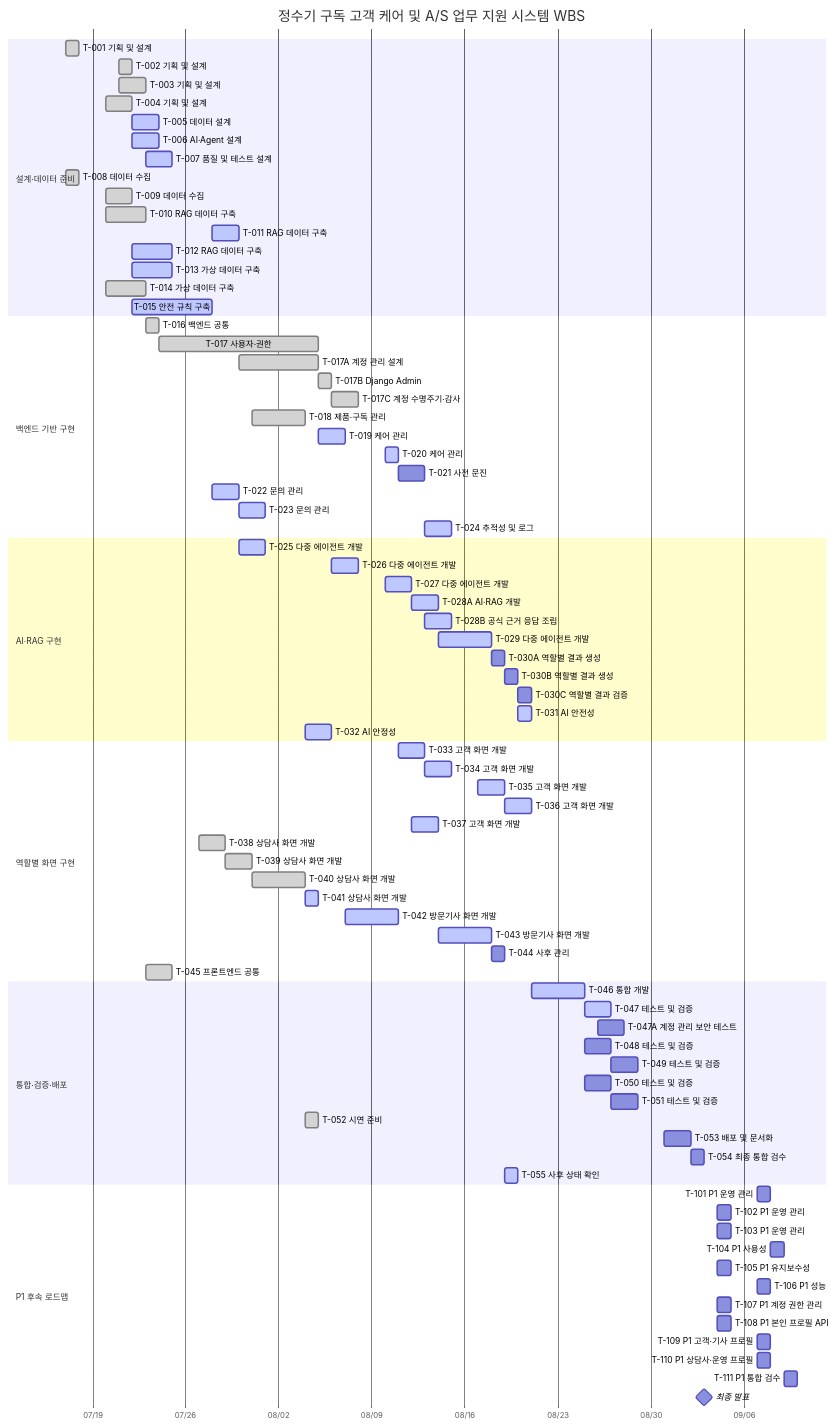
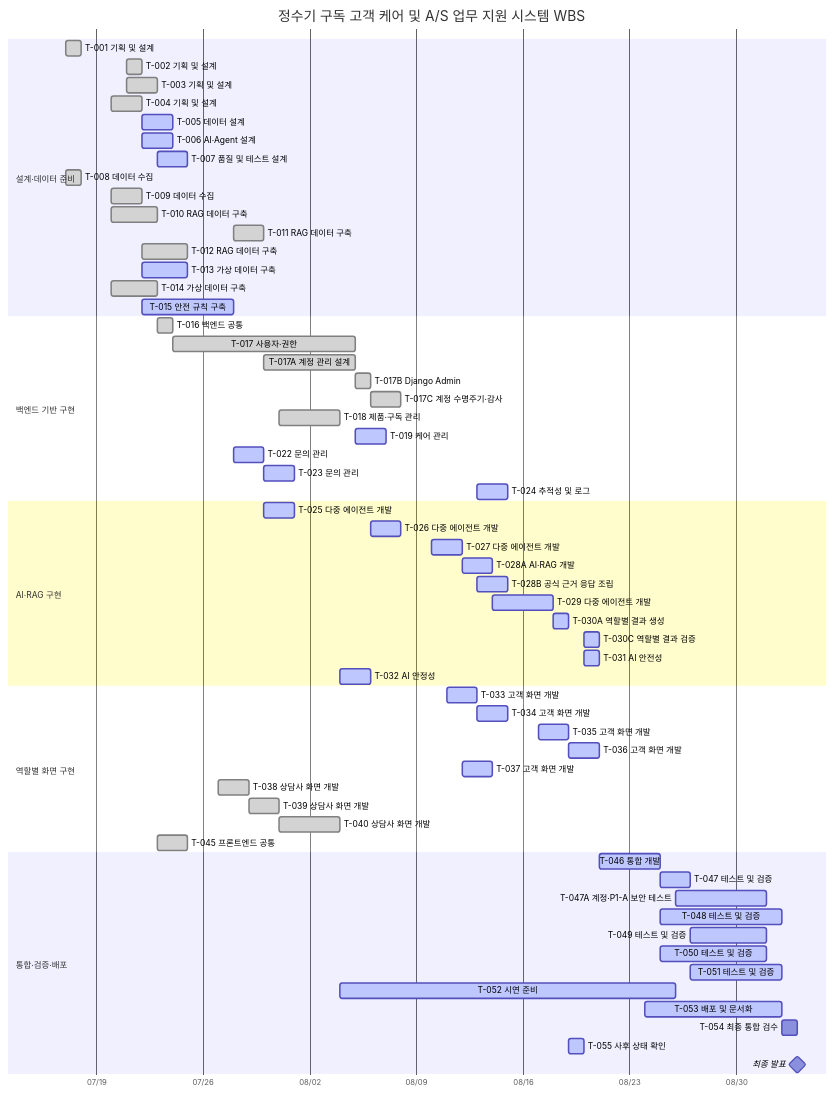
Before and after one commit to SKNETWORKS-FAMILY-AICAMP/SKN29-FINAL-4TEAM: the diagram in docs/planning/md/WBS.md, drawn with Mermaid. The commit also changed other lines of this file and 6 other files, not shown here.

````diff
--- a/docs/planning/md/WBS.md
+++ b/docs/planning/md/WBS.md
@@ -291,8 +333,8 @@
     T-008 데이터 수집 :done, T008, 2026-07-17, 1d
     T-009 데이터 수집 :done, T009, 2026-07-20, 2d
     T-010 RAG 데이터 구축 :done, T010, 2026-07-20, 3d
-    T-011 RAG 데이터 구축 :active, T011, 2026-07-28, 2d
-    T-012 RAG 데이터 구축 :active, T012, 2026-07-22, 3d
+    T-011 RAG 데이터 구축 :done, T011, 2026-07-28, 2d
+    T-012 RAG 데이터 구축 :done, T012, 2026-07-22, 3d
     T-013 가상 데이터 구축 :active, T013, 2026-07-22, 3d
     T-014 가상 데이터 구축 :done, T014, 2026-07-20, 3d
     T-015 안전 규칙 구축 :active, T015, 2026-07-22, 6d
@@ -304,8 +346,6 @@
     T-017C 계정 수명주기·감사 :done, T017C, 2026-08-06, 2d
     T-018 제품·구독 관리 :done, T018, 2026-07-31, 4d
     T-019 케어 관리 :active, T019, 2026-08-05, 2d
-    T-020 케어 관리 :active, T020, 2026-08-10, 1d
-    T-021 사전 문진 :T021, 2026-08-11, 2d
     T-022 문의 관리 :active, T022, 2026-07-28, 2d
     T-023 문의 관리 :active, T023, 2026-07-30, 2d
     T-024 추적성 및 로그 :active, T024, 2026-08-13, 2d
@@ -316,9 +356,8 @@
     T-028A AI·RAG 개발 :active, T028A, 2026-08-12, 2d
     T-028B 공식 근거 응답 조립 :active, T028B, 2026-08-13, 2d
     T-029 다중 에이전트 개발 :active, T029, 2026-08-14, 4d
-    T-030A 역할별 결과 생성 :T030A, 2026-08-18, 1d
-    T-030B 역할별 결과 생성 :T030B, 2026-08-19, 1d
-    T-030C 역할별 결과 검증 :T030C, 2026-08-20, 1d
+    T-030A 역할별 결과 생성 :active, T030A, 2026-08-18, 1d
+    T-030C 역할별 결과 검증 :active, T030C, 2026-08-20, 1d
     T-031 AI 안전성 :active, T031, 2026-08-20, 1d
     T-032 AI 안정성 :active, T032, 2026-08-04, 2d
     section 역할별 화면 구현
@@ -330,34 +369,18 @@
     T-038 상담사 화면 개발 :done, T038, 2026-07-27, 2d
     T-039 상담사 화면 개발 :done, T039, 2026-07-29, 2d
     T-040 상담사 화면 개발 :done, T040, 2026-07-31, 4d
-    T-041 상담사 화면 개발 :active, T041, 2026-08-04, 1d
-    T-042 방문기사 화면 개발 :active, T042, 2026-08-07, 4d
-    T-043 방문기사 화면 개발 :active, T043, 2026-08-14, 4d
-    T-044 사후 관리 :T044, 2026-08-18, 1d
     T-045 프론트엔드 공통 :done, T045, 2026-07-23, 2d
     section 통합·검증·배포
     T-046 통합 개발 :active, T046, 2026-08-21, 4d
     T-047 테스트 및 검증 :active, T047, 2026-08-25, 2d
-    T-047A 계정 관리 보안 테스트 :T047A, 2026-08-26, 2d
-    T-048 테스트 및 검증 :T048, 2026-08-25, 2d
-    T-049 테스트 및 검증 :T049, 2026-08-27, 2d
-    T-050 테스트 및 검증 :T050, 2026-08-25, 2d
-    T-051 테스트 및 검증 :T051, 2026-08-27, 2d
-    T-052 시연 준비 :done, T052, 2026-08-04, 1d
-    T-053 배포 및 문서화 :T053, 2026-08-31, 2d
+    T-047A 계정·P1-A 보안 테스트 :active, T047A, 2026-08-26, 6d
+    T-048 테스트 및 검증 :active, T048, 2026-08-25, 8d
+    T-049 테스트 및 검증 :active, T049, 2026-08-27, 5d
+    T-050 테스트 및 검증 :active, T050, 2026-08-25, 7d
+    T-051 테스트 및 검증 :active, T051, 2026-08-27, 6d
+    T-052 시연 준비 :active, T052, 2026-08-04, 22d
+    T-053 배포 및 문서화 :active, T053, 2026-08-24, 9d
     T-054 최종 통합 검수 :T054, 2026-09-02, 1d
     T-055 사후 상태 확인 :active, T055, 2026-08-19, 1d
-    section P1 후속 로드맵
-    T-101 P1 운영 관리 :T101, 2026-09-07, 1d
-    T-102 P1 운영 관리 :T102, 2026-09-04, 1d
-    T-103 P1 운영 관리 :T103, 2026-09-04, 1d
-    T-104 P1 사용성 :T104, 2026-09-08, 1d
-    T-105 P1 유지보수성 :T105, 2026-09-04, 1d
-    T-106 P1 성능 :T106, 2026-09-07, 1d
-    T-107 P1 계정 권한 관리 :T107, 2026-09-04, 1d
-    T-108 P1 본인 프로필 API :T108, 2026-09-04, 1d
-    T-109 P1 고객·기사 프로필 :T109, 2026-09-07, 1d
-    T-110 P1 상담사·운영 프로필 :T110, 2026-09-07, 1d
-    T-111 P1 통합 검수 :T111, 2026-09-09, 1d
     최종 발표 :milestone, FINAL, 2026-09-03, 0d
 ```
````
